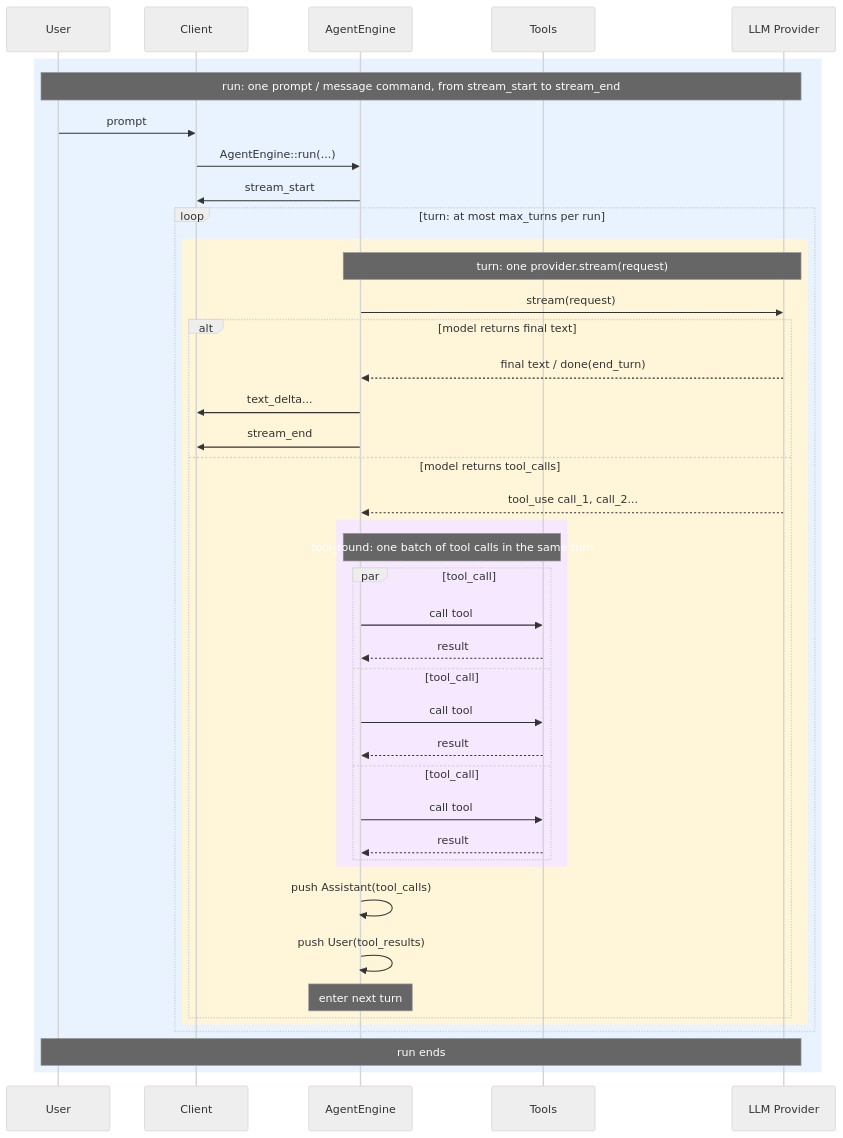
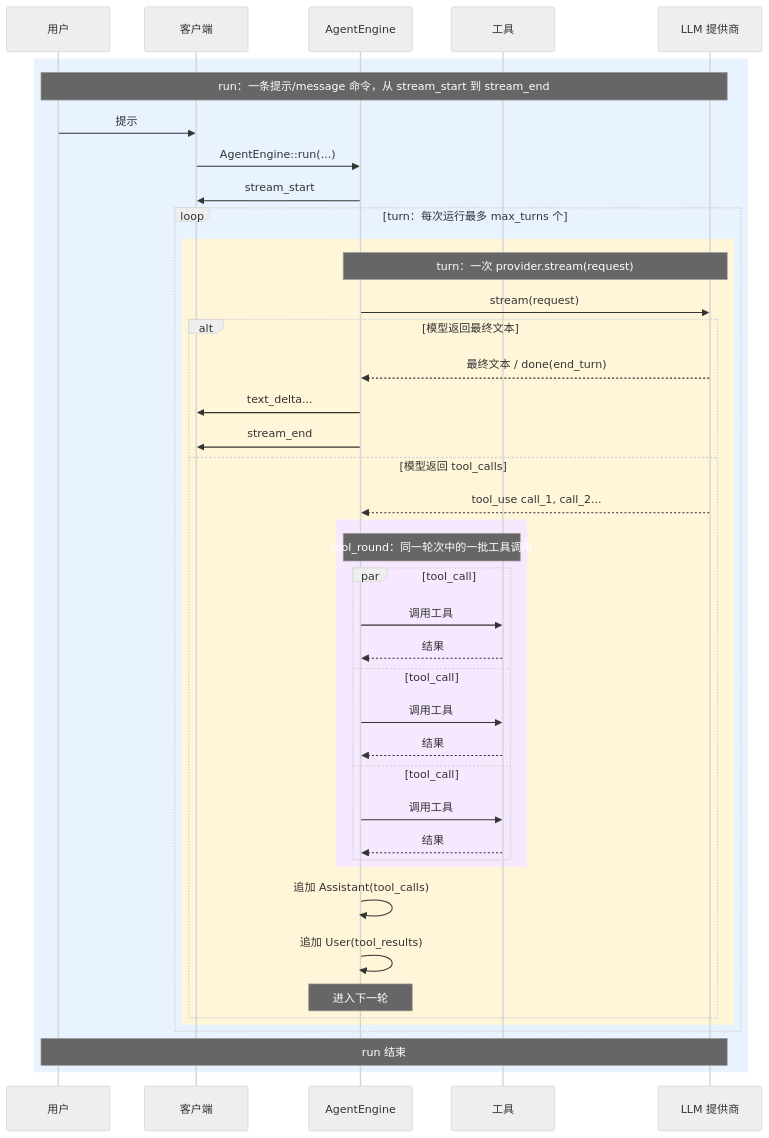
The diagram in docs/core-concepts.md (liangboqiang/TjuaeCLI), drawn with Mermaid (neutral theme) before and after one commit. The commit also changed other lines of this file and 207 other files, not shown here.

````diff
--- a/docs/core-concepts.md
+++ b/docs/core-concepts.md
@@ -31,49 +29,49 @@
 ```mermaid
 sequenceDiagram
-    participant U as User
-    participant C as Client
+    participant U as 用户
+    participant C as 客户端
     participant E as AgentEngine
-    participant T as Tools
-    participant L as LLM Provider
+    participant T as 工具
+    participant L as LLM 提供商
 
     rect rgb(232, 243, 255)
-    Note over U,L: run: one prompt / message command, from stream_start to stream_end
-    U->>C: prompt
+    Note over U,L: run：一条提示/message 命令，从 stream_start 到 stream_end
+    U->>C: 提示
     C->>E: AgentEngine::run(...)
     E->>C: stream_start
 
-    loop turn: at most max_turns per run
+    loop turn：每次运行最多 max_turns 个
         rect rgb(255, 245, 217)
-            Note over E,L: turn: one provider.stream(request)
+            Note over E,L: turn：一次 provider.stream(request)
             E->>L: stream(request)
 
-            alt model returns final text
-                L-->>E: final text / done(end_turn)
+            alt 模型返回最终文本
+                L-->>E: 最终文本 / done(end_turn)
                 E->>C: text_delta...
                 E->>C: stream_end
-            else model returns tool_calls
+            else 模型返回 tool_calls
                 L-->>E: tool_use call_1, call_2...
                 rect rgb(245, 232, 255)
-                    Note over E,T: tool_round: one batch of tool calls in the same turn
+                    Note over E,T: tool_round：同一轮次中的一批工具调用
                     par tool_call #1
-                        E->>T: call tool #1
-                        T-->>E: result #1
+                        E->>T: 调用工具 #1
+                        T-->>E: 结果 #1
                     and tool_call #2
-                        E->>T: call tool #2
-                        T-->>E: result #2
+                        E->>T: 调用工具 #2
+                        T-->>E: 结果 #2
                     and tool_call #N
-                        E->>T: call tool #N
-                        T-->>E: result #N
+                        E->>T: 调用工具 #N
+                        T-->>E: 结果 #N
                     end
                 end
 
-                E->>E: push Assistant(tool_calls)
-                E->>E: push User(tool_results)
-                Note over E: enter next turn
+                E->>E: 追加 Assistant(tool_calls)
+                E->>E: 追加 User(tool_results)
+                Note over E: 进入下一轮
             end
         end
     end
 
-    Note over U,L: run ends
+    Note over U,L: run 结束
     end
 ```
````
